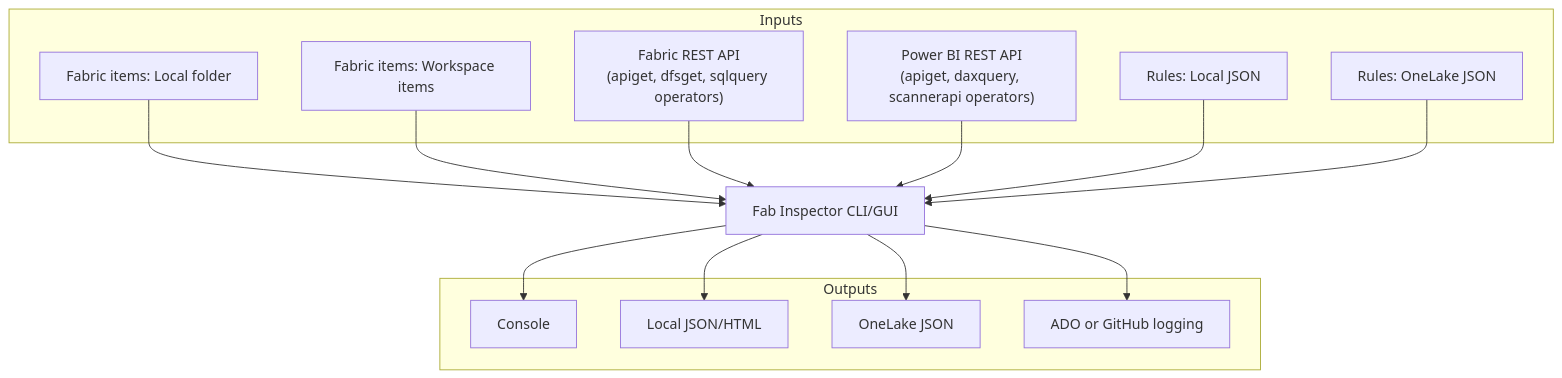
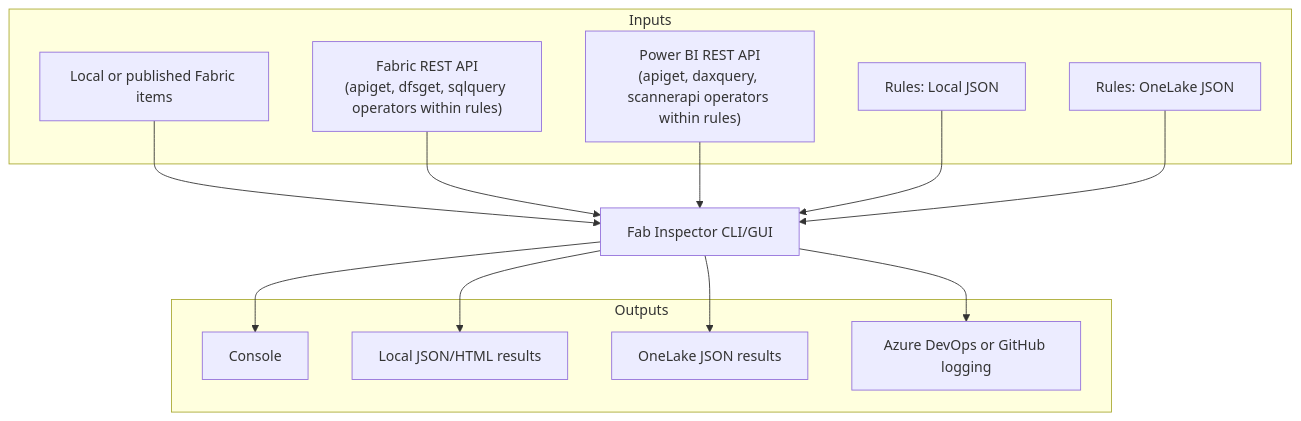
The fifth of 5 diagrams in docs/usage-scenarios.md (NatVanG/fab-inspector), drawn with Mermaid before and after one commit. The commit also changed other lines of this file, not shown here.

Commit message:
usage-scenarios update

````diff
--- a/docs/usage-scenarios.md
+++ b/docs/usage-scenarios.md
@@ -112,31 +112,29 @@
 ```mermaid
 flowchart TB
     subgraph Inputs
-      A1[Fabric items: Local folder]
-      A2[Fabric items: Workspace items]
-      A3["Fabric REST API\n(apiget, dfsget, sqlquery operators)"]
-      A4["Power BI REST API\n(apiget, daxquery, scannerapi operators)"]
+      A1[Local or published Fabric items]
+      A2["Fabric REST API\n(apiget, dfsget, sqlquery operators within rules)"]
+      A3["Power BI REST API\n(apiget, daxquery, scannerapi operators within rules)"]
       B1[Rules: Local JSON]
       B2[Rules: OneLake JSON]
     end
 
     C[Fab Inspector CLI/GUI]
 
     subgraph Outputs
       D1[Console]
-      D2[Local JSON/HTML]
-      D3[OneLake JSON]
-      D4[ADO or GitHub logging]
+      D2[Local JSON/HTML results]
+      D3[OneLake JSON results]
+      D4[Azure DevOps or GitHub logging]
     end
 
     A1 --> C
     A2 --> C
     A3 --> C
-    A4 --> C
     B1 --> C
     B2 --> C
     C --> D1
     C --> D2
     C --> D3
     C --> D4
 ```
````
